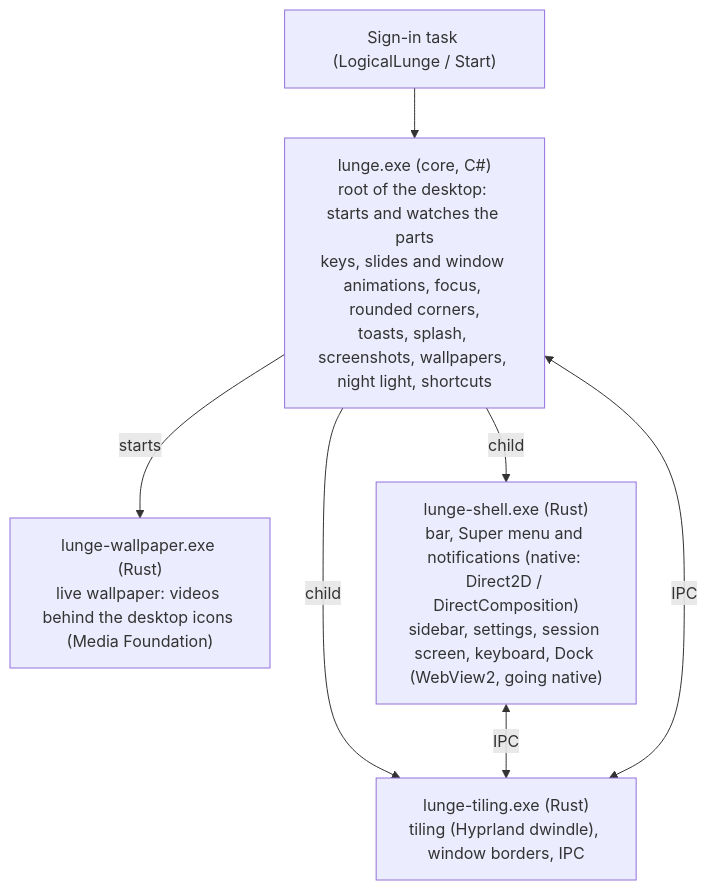
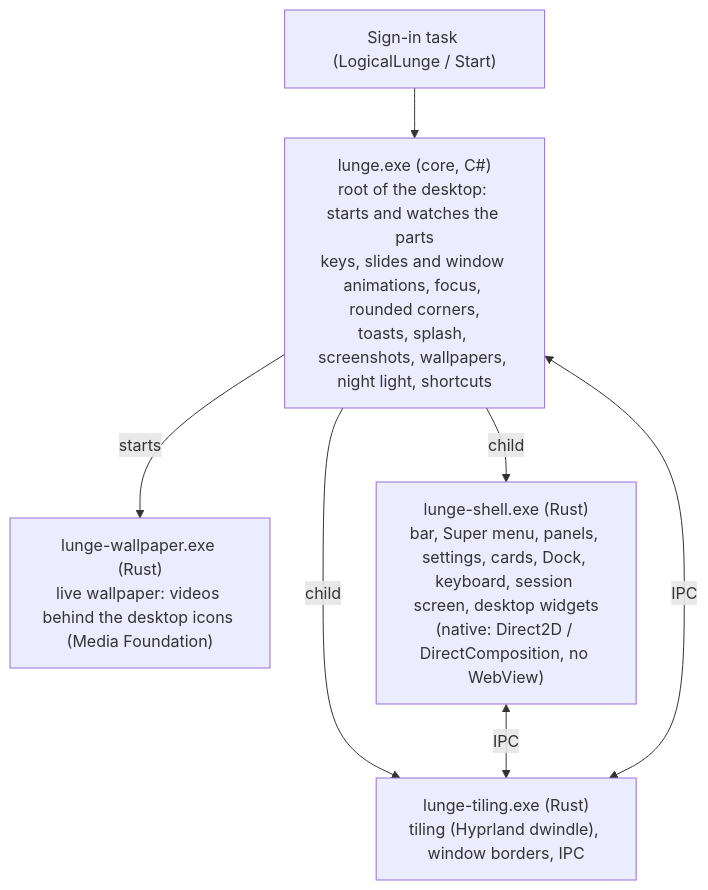
Before and after one commit to KaanAlper/logical-lunge: the diagram in README.md, drawn with Mermaid. The commit also changed other lines of this file and 3 other files, not shown here.

First line of the commit message:
docs: the native edition has no WebView or Tauri

````diff
--- a/README.md
+++ b/README.md
@@ -141,10 +141,10 @@
 ```mermaid
 flowchart TD
   task["Sign-in task (LogicalLunge / Start)"] --> core
   core["lunge.exe (core, C#)<br/>root of the desktop: starts and watches the parts<br/>keys, slides and window animations, focus, rounded corners,<br/>toasts, splash, screenshots, wallpapers, night light, shortcuts"]
   core -- child --> tiling["lunge-tiling.exe (Rust)<br/>tiling (Hyprland dwindle), window borders, IPC"]
   core -- starts --> live["lunge-wallpaper.exe (Rust)<br/>live wallpaper: videos behind the desktop icons (Media Foundation)"]
-  core -- child --> shell["lunge-shell.exe (Rust)<br/>bar, Super menu and notifications (native: Direct2D / DirectComposition)<br/>sidebar, settings, session screen, keyboard, Dock (WebView2, going native)"]
+  core -- child --> shell["lunge-shell.exe (Rust)<br/>bar, Super menu, panels, settings, cards, Dock, keyboard, session screen, desktop widgets<br/>(native: Direct2D / DirectComposition, no WebView)"]
   shell <-- IPC --> tiling
   core <-- IPC --> tiling
 ```
````
